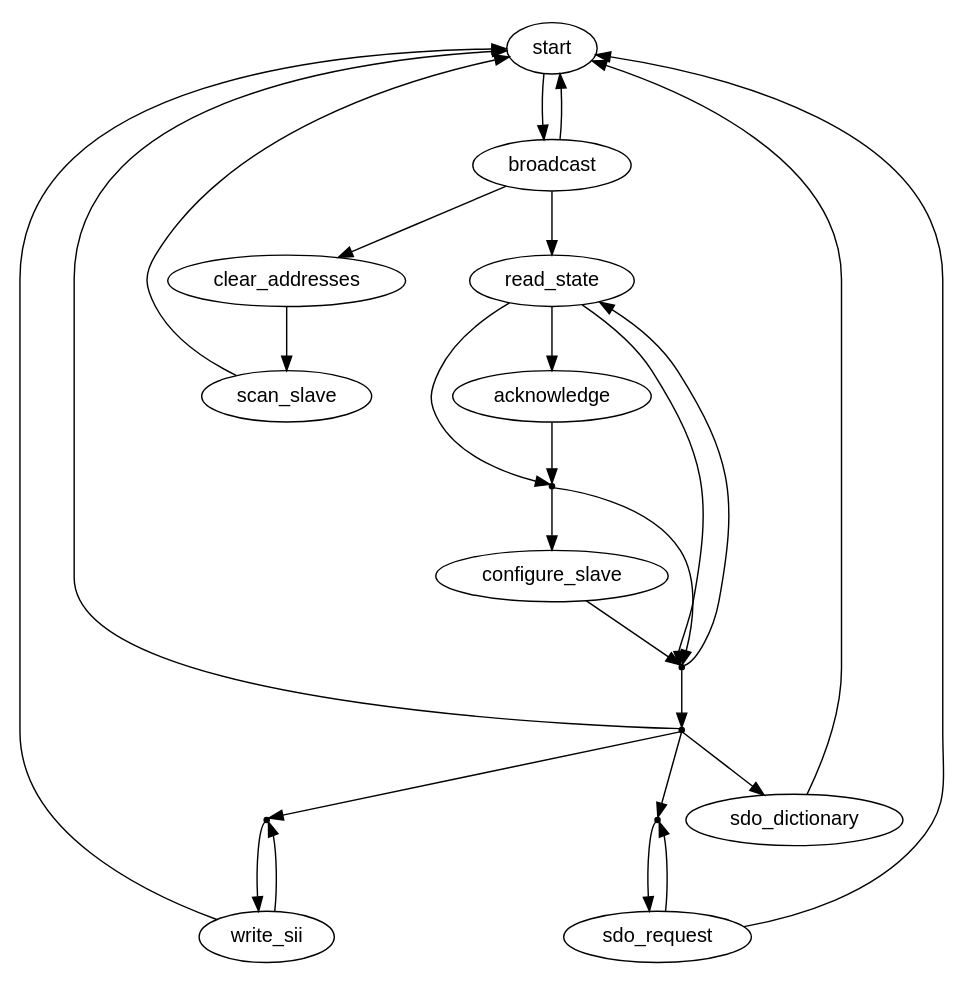
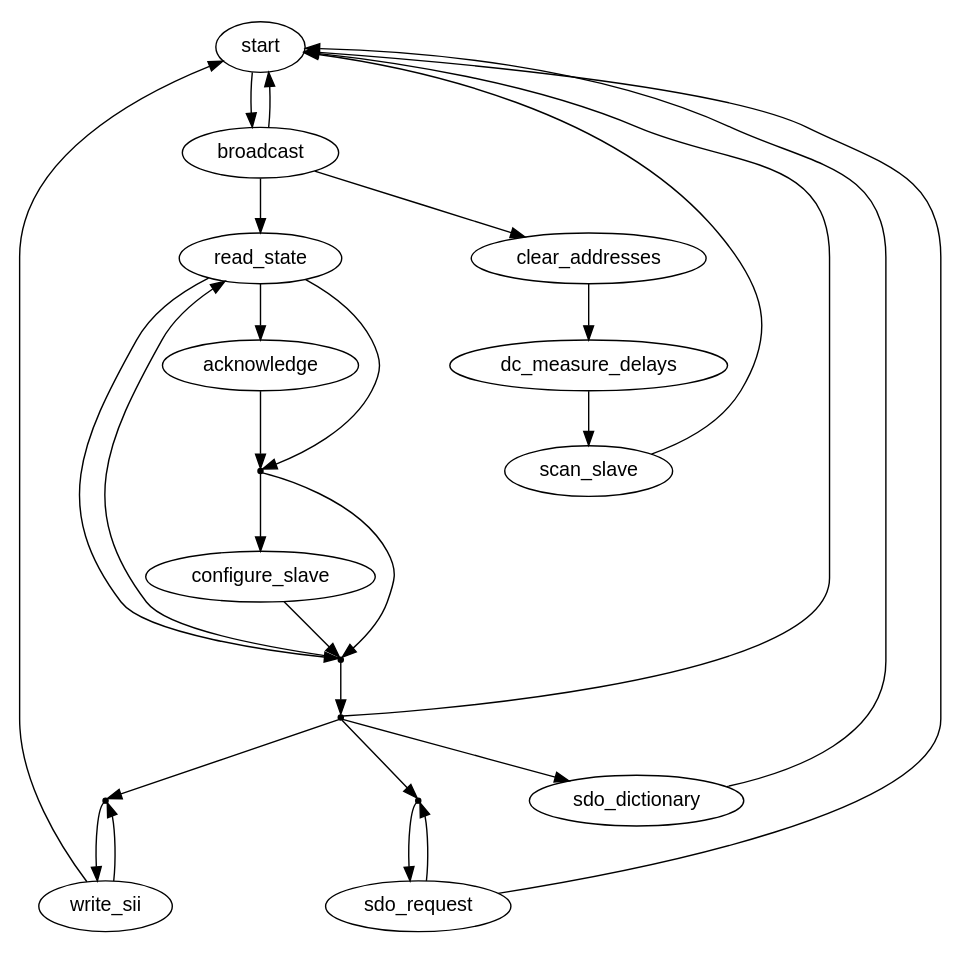
One commit to ribalda/ethercat changed the diagram in documentation/graphs/fsm_master.dot. Above: the diagram before and after it, drawn with Graphviz. The commit also changed 9 other files, not shown here.

```diff
--- a/documentation/graphs/fsm_master.dot
+++ b/documentation/graphs/fsm_master.dot
@@ -1,64 +1,67 @@
 
 /* $Id$ */
 
 digraph master {
     size="7,9"
     center=1
 	ratio=fill
 
     start [fontname="Helvetica"]
     start -> broadcast [weight=10]
 
     broadcast [fontname="Helvetica"]
     broadcast -> start
     broadcast -> clear_addresses
     broadcast -> read_state [weight=10]
 
     action_process_sii [shape=point,label=""]
     action_process_sii -> write_sii
 
     action_process_sdo [shape=point,label=""]
     action_process_sdo -> sdo_request
 
     action_idle [shape=point,label=""]
     action_idle -> action_process_sdo
     action_idle -> sdo_dictionary
     action_idle -> action_process_sii
     action_idle -> start
 
     action_next_slave_state [shape=point,label=""]
     action_next_slave_state -> read_state
     action_next_slave_state -> action_idle [weight=10]
     
     action_configure [shape=point,label=""]
     action_configure -> configure_slave [weight=10]
     action_configure -> action_next_slave_state
 
     read_state [fontname="Helvetica"]
     read_state -> acknowledge [weight=10]
     read_state -> action_configure
     read_state -> action_next_slave_state
 
     acknowledge [fontname="Helvetica"]
     acknowledge -> action_configure [weight=10]
 
     clear_addresses [fontname="Helvetica"]
-    clear_addresses -> scan_slave [weight=10]
+    clear_addresses -> dc_measure_delays [weight=10]
+
+    dc_measure_delays [fontname="Helvetica"]
+    dc_measure_delays -> scan_slave [weight=10]
 
     scan_slave [fontname="Helvetica"]
     scan_slave -> start
 
     configure_slave [fontname="Helvetica"]
     configure_slave -> action_next_slave_state
 
     write_sii [fontname="Helvetica"]
     write_sii -> action_process_sii
     write_sii -> start
 
     sdo_dictionary [fontname="Helvetica"]
     sdo_dictionary -> start
 
     sdo_request [fontname="Helvetica"]
     sdo_request -> action_process_sdo
     sdo_request -> start
 }
```
